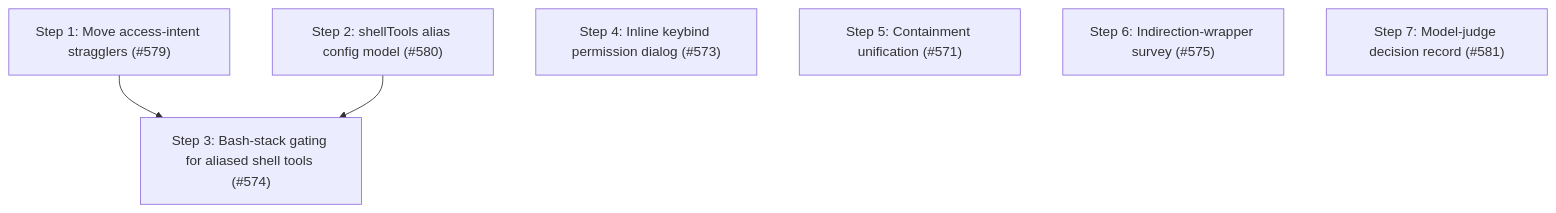
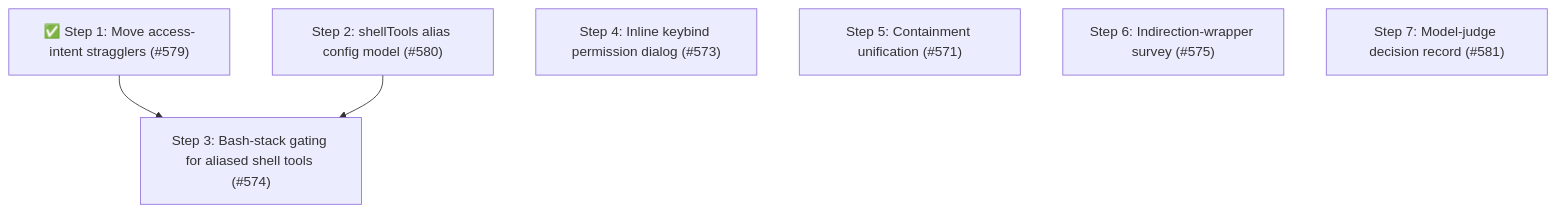
One commit to whaoa/forked-gotgenes-pi-packages changed the fourth of 4 diagrams in packages/pi-permission-system/docs/architecture/architecture.md. Above: the diagram before and after it, drawn with Mermaid. The commit also changed other lines of this file and 1 other file, not shown here.

First line of the commit message:
docs(pi-permission-system): relocate access-intent stragglers in docs; mark Phase 11 Step 1 (#579)

````diff
--- a/packages/pi-permission-system/docs/architecture/architecture.md
+++ b/packages/pi-permission-system/docs/architecture/architecture.md
@@ -984,12 +984,12 @@
 ```mermaid
 flowchart TD
-    S1["Step 1: Move access-intent stragglers (#579)"]
+    S1["✅ Step 1: Move access-intent stragglers (#579)"]
     S2["Step 2: shellTools alias config model (#580)"]
     S3["Step 3: Bash-stack gating for aliased shell tools (#574)"]
     S4["Step 4: Inline keybind permission dialog (#573)"]
     S5["Step 5: Containment unification (#571)"]
     S6["Step 6: Indirection-wrapper survey (#575)"]
     S7["Step 7: Model-judge decision record (#581)"]
     S1 --> S3
     S2 --> S3
 ```
````
